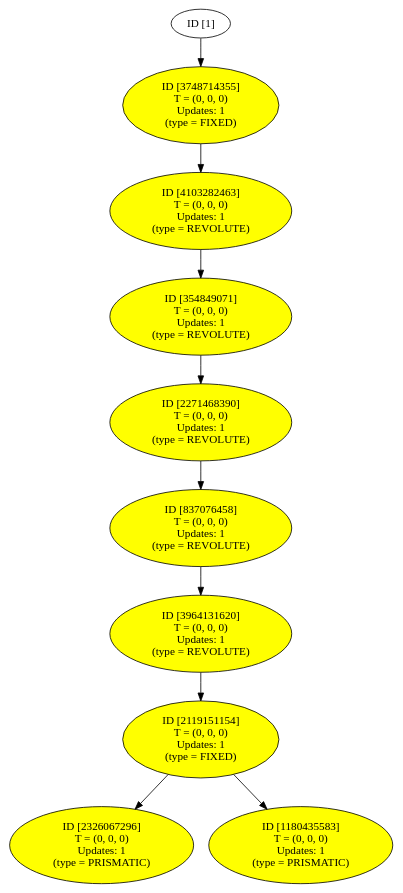
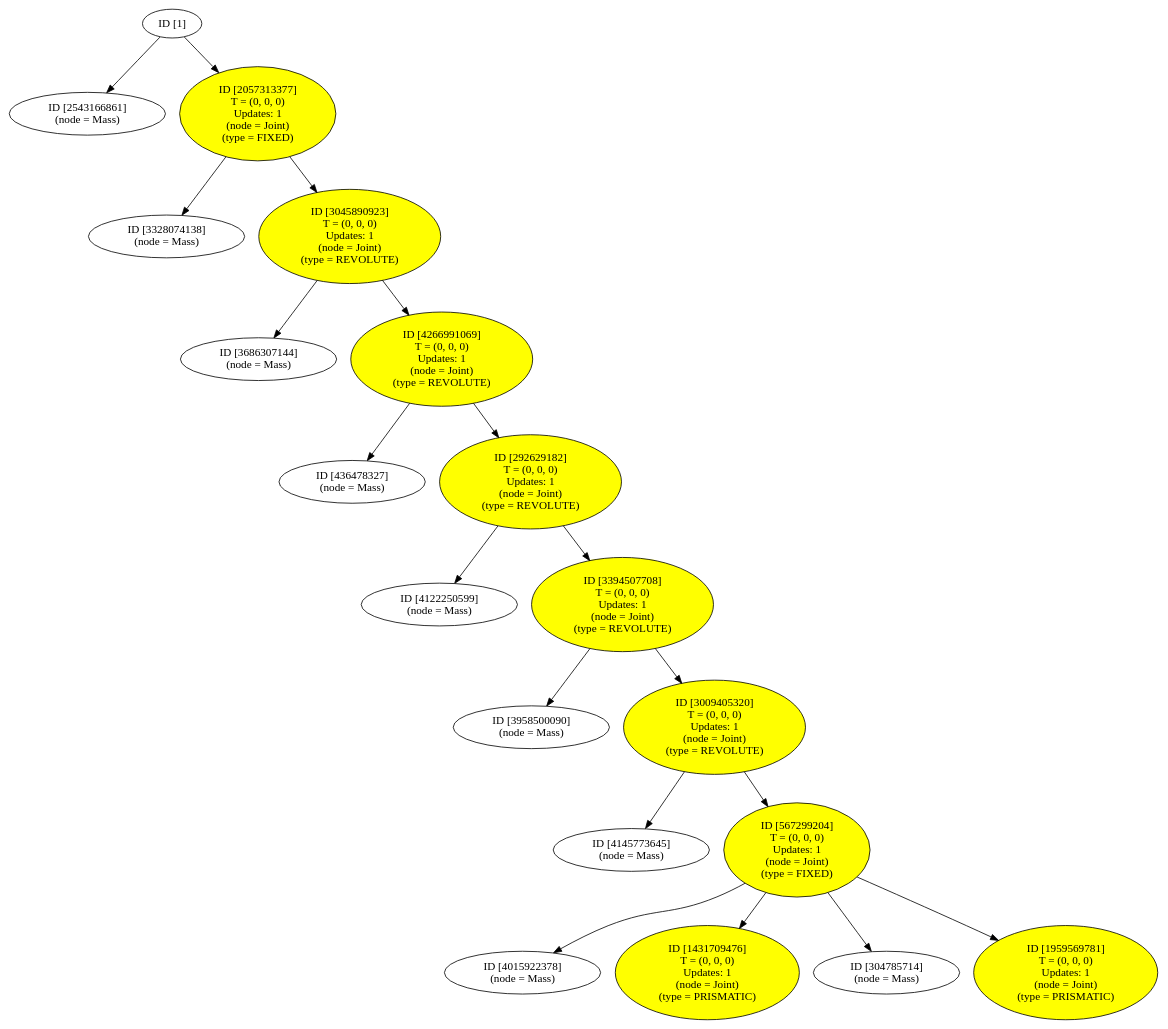
Before and after one commit to blumenthal/rsg_urdfloader: the diagram in current_graph.gv, drawn with Graphviz. The commit also changed 2 other files, not shown here.

Commit message:
Added Group node for mass properties

```diff
--- a/current_graph.gv
+++ b/current_graph.gv
@@ -1,23 +1,41 @@
 digraph {
 1 [label = "ID [1]\n"];
-3748714355 [label = "ID [3748714355]\nT = (0, 0, 0)\nUpdates: 1\n(type = FIXED)\n"style="filled" fillcolor=yellow ];
-4103282463 [label = "ID [4103282463]\nT = (0, 0, 0)\nUpdates: 1\n(type = REVOLUTE)\n"style="filled" fillcolor=yellow ];
-354849071 [label = "ID [354849071]\nT = (0, 0, 0)\nUpdates: 1\n(type = REVOLUTE)\n"style="filled" fillcolor=yellow ];
-2271468390 [label = "ID [2271468390]\nT = (0, 0, 0)\nUpdates: 1\n(type = REVOLUTE)\n"style="filled" fillcolor=yellow ];
-837076458 [label = "ID [837076458]\nT = (0, 0, 0)\nUpdates: 1\n(type = REVOLUTE)\n"style="filled" fillcolor=yellow ];
-3964131620 [label = "ID [3964131620]\nT = (0, 0, 0)\nUpdates: 1\n(type = REVOLUTE)\n"style="filled" fillcolor=yellow ];
-2119151154 [label = "ID [2119151154]\nT = (0, 0, 0)\nUpdates: 1\n(type = FIXED)\n"style="filled" fillcolor=yellow ];
-2326067296 [label = "ID [2326067296]\nT = (0, 0, 0)\nUpdates: 1\n(type = PRISMATIC)\n"style="filled" fillcolor=yellow ];
-1180435583 [label = "ID [1180435583]\nT = (0, 0, 0)\nUpdates: 1\n(type = PRISMATIC)\n"style="filled" fillcolor=yellow ];
+2543166861 [label = "ID [2543166861]\n(node = Mass)\n"];
+2057313377 [label = "ID [2057313377]\nT = (0, 0, 0)\nUpdates: 1\n(node = Joint)\n(type = FIXED)\n"style="filled" fillcolor=yellow ];
+3328074138 [label = "ID [3328074138]\n(node = Mass)\n"];
+3045890923 [label = "ID [3045890923]\nT = (0, 0, 0)\nUpdates: 1\n(node = Joint)\n(type = REVOLUTE)\n"style="filled" fillcolor=yellow ];
+3686307144 [label = "ID [3686307144]\n(node = Mass)\n"];
+4266991069 [label = "ID [4266991069]\nT = (0, 0, 0)\nUpdates: 1\n(node = Joint)\n(type = REVOLUTE)\n"style="filled" fillcolor=yellow ];
+436478327 [label = "ID [436478327]\n(node = Mass)\n"];
+292629182 [label = "ID [292629182]\nT = (0, 0, 0)\nUpdates: 1\n(node = Joint)\n(type = REVOLUTE)\n"style="filled" fillcolor=yellow ];
+4122250599 [label = "ID [4122250599]\n(node = Mass)\n"];
+3394507708 [label = "ID [3394507708]\nT = (0, 0, 0)\nUpdates: 1\n(node = Joint)\n(type = REVOLUTE)\n"style="filled" fillcolor=yellow ];
+3958500090 [label = "ID [3958500090]\n(node = Mass)\n"];
+3009405320 [label = "ID [3009405320]\nT = (0, 0, 0)\nUpdates: 1\n(node = Joint)\n(type = REVOLUTE)\n"style="filled" fillcolor=yellow ];
+4145773645 [label = "ID [4145773645]\n(node = Mass)\n"];
+567299204 [label = "ID [567299204]\nT = (0, 0, 0)\nUpdates: 1\n(node = Joint)\n(type = FIXED)\n"style="filled" fillcolor=yellow ];
+4015922378 [label = "ID [4015922378]\n(node = Mass)\n"];
+1431709476 [label = "ID [1431709476]\nT = (0, 0, 0)\nUpdates: 1\n(node = Joint)\n(type = PRISMATIC)\n"style="filled" fillcolor=yellow ];
+304785714 [label = "ID [304785714]\n(node = Mass)\n"];
+1959569781 [label = "ID [1959569781]\nT = (0, 0, 0)\nUpdates: 1\n(node = Joint)\n(type = PRISMATIC)\n"style="filled" fillcolor=yellow ];
 
-1 -> 3748714355;
-3748714355 -> 4103282463;
-4103282463 -> 354849071;
-354849071 -> 2271468390;
-2271468390 -> 837076458;
-837076458 -> 3964131620;
-3964131620 -> 2119151154;
-2119151154 -> 2326067296;
-2119151154 -> 1180435583;
+1 -> 2543166861;
+1 -> 2057313377;
+2057313377 -> 3328074138;
+2057313377 -> 3045890923;
+3045890923 -> 3686307144;
+3045890923 -> 4266991069;
+4266991069 -> 436478327;
+4266991069 -> 292629182;
+292629182 -> 4122250599;
+292629182 -> 3394507708;
+3394507708 -> 3958500090;
+3394507708 -> 3009405320;
+3009405320 -> 4145773645;
+3009405320 -> 567299204;
+567299204 -> 4015922378;
+567299204 -> 1431709476;
+567299204 -> 304785714;
+567299204 -> 1959569781;
 
 }
```
